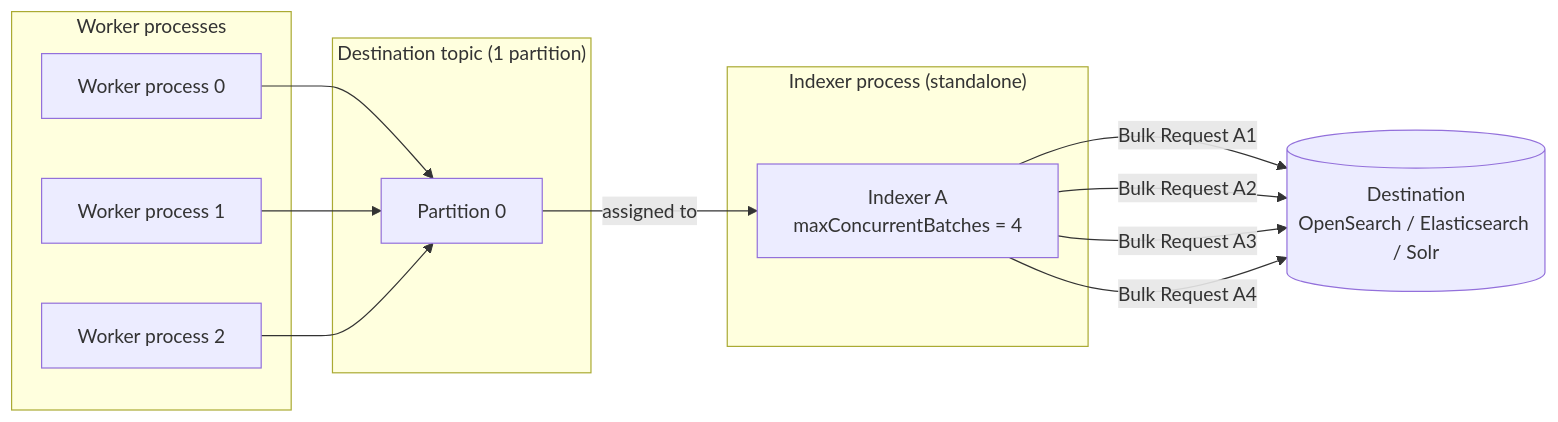
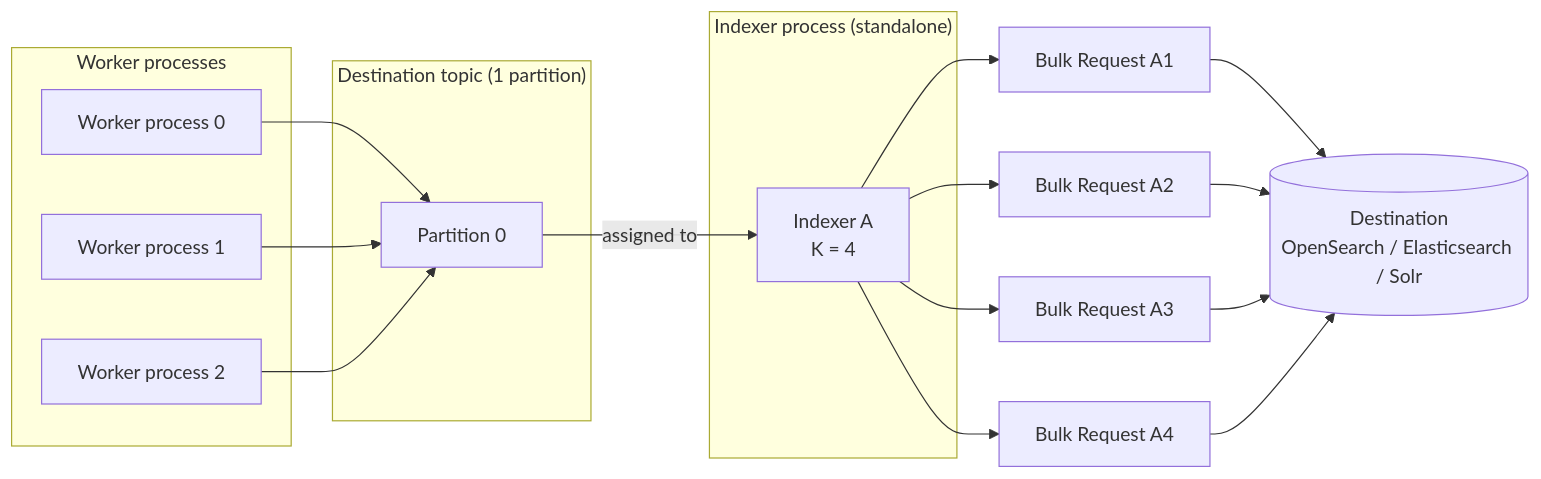
The fourth of 5 diagrams in doc/site/content/en/docs/operations/indexing-throughput/indexing-fan-out.md (kmwtechnology/lucille), drawn with Mermaid before and after one commit. The commit also changed other lines of this file, not shown here.

Commit message:
refine diagrams

````diff
--- a/doc/site/content/en/docs/operations/indexing-throughput/indexing-fan-out.md
+++ b/doc/site/content/en/docs/operations/indexing-throughput/indexing-fan-out.md
@@ -198,29 +199,29 @@
 ```mermaid
 flowchart LR
     subgraph WORKERS["Worker processes"]
         WP0["Worker process 0"]
         WP1["Worker process 1"]
         WP2["Worker process 2"]
     end
 
     subgraph DT["Destination topic (1 partition)"]
         DP0["Partition 0"]
     end
 
     subgraph IP["Indexer process (standalone)"]
-        IDX["Indexer A<br/>maxConcurrentBatches = 4"]
+        IDX["Indexer A<br/>K = 4"]
     end
 
     DEST[("Destination<br/>OpenSearch / Elasticsearch / Solr")]
 
     WP0 --> DP0
     WP1 --> DP0
     WP2 --> DP0
 
     DP0 -->|assigned to| IDX
 
-    IDX -->|"Bulk Request A1"| DEST
-    IDX -->|"Bulk Request A2"| DEST
-    IDX -->|"Bulk Request A3"| DEST
-    IDX -->|"Bulk Request A4"| DEST
+    IDX --> RA1["Bulk Request A1"] --> DEST
+    IDX --> RA2["Bulk Request A2"] --> DEST
+    IDX --> RA3["Bulk Request A3"] --> DEST
+    IDX --> RA4["Bulk Request A4"] --> DEST
 ```
````
